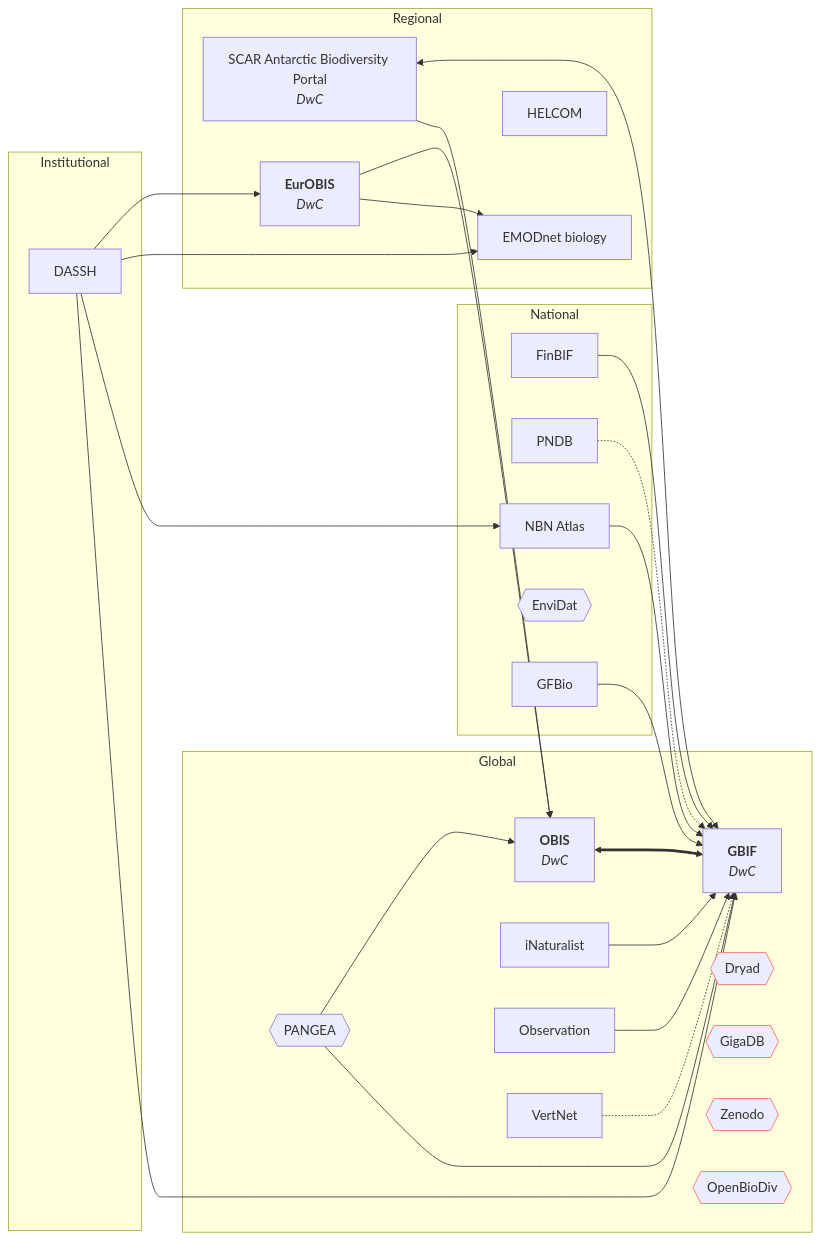
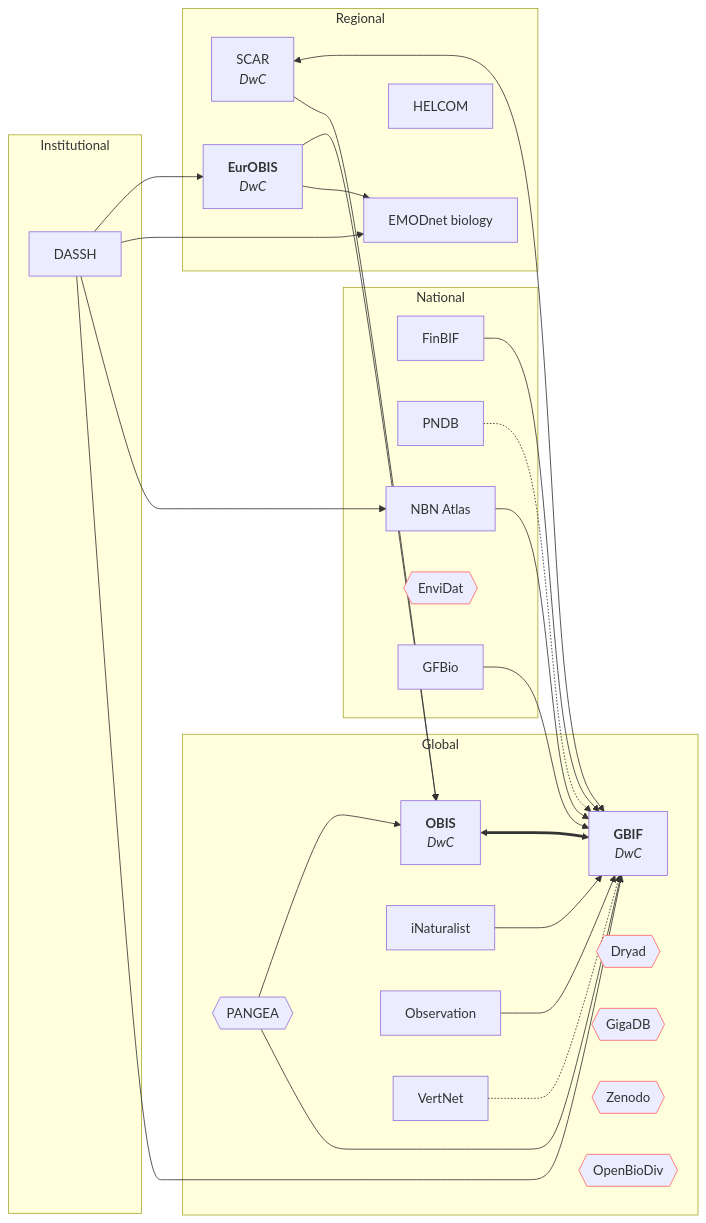
The diagram in flowchart_T3-3-2.md (eDNAqua-Plan-project/wp3_data_ecosystem), drawn with Mermaid before and after one commit.

Commit message:
update flowchart T3.3.2 V0 - EnviDat red

````diff
--- a/flowchart_T3-3-2.md
+++ b/flowchart_T3-3-2.md
@@ -5,56 +5,57 @@
 ```mermaid
 flowchart LR;
     subgraph Global;
         OBIS["`**OBIS**
             *DwC*`"]
         GBIF["`**GBIF**
             *DwC*`"]
         PANGEA{{PANGEA}}
 
         OBIS <==> GBIF
         PANGEA --> OBIS
         PANGEA --> GBIF
         iNaturalist --> GBIF
         Observation --> GBIF
         VertNet -.-> GBIF
 
         Dryad{{Dryad}}
         GigaDB{{GigaDB}}
         Zenodo{{Zenodo}}
         OpenBioDiv{{OpenBioDiv}}
 
-        style Dryad stroke:#f66
-        style GigaDB stroke:#f66
-        style Zenodo stroke:#f66
-        style OpenBioDiv stroke:#f66
-
         end
         subgraph Regional
-        SCAR["`SCAR Antarctic Biodiversity Portal
+        SCAR["`SCAR
             *DwC*`"]
         EurOBIS["`**EurOBIS**
             *DwC*`"] 
         EMODnet[EMODnet biology]
         SCAR <--> GBIF
         SCAR --> OBIS
         EurOBIS --> OBIS
         EurOBIS --> EMODnet
         HELCOM[HELCOM]
         end 
 
         subgraph National
         FinBIF --> GBIF
         PNDB -.-> GBIF
         NBN[NBN Atlas] --> GBIF
         EnviDat{{EnviDat}}
         GFBio --> GBIF
         end
 
         subgraph Institutional
         DASSH
         DASSH --> EurOBIS
         DASSH --> EMODnet
         DASSH --> NBN
         DASSH --> GBIF
         end
+
+style Dryad stroke:#f66
+style GigaDB stroke:#f66
+style Zenodo stroke:#f66
+style OpenBioDiv stroke:#f66
+style EnviDat stroke:#f66
 ```
````
